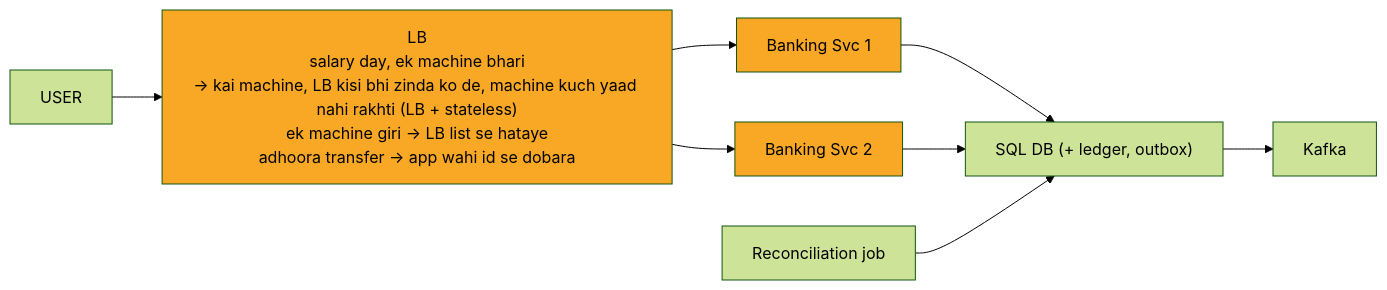
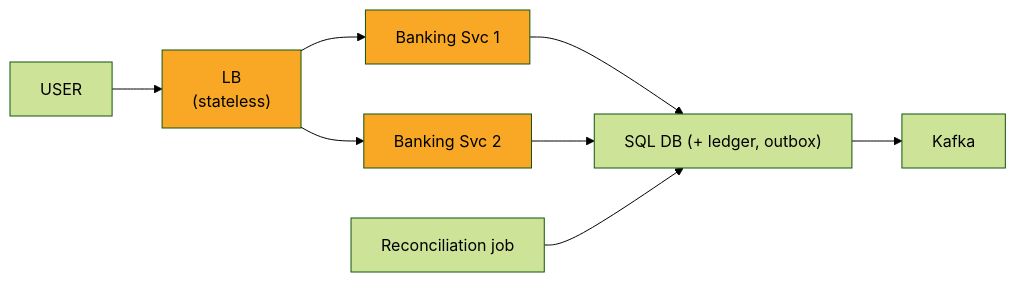
One commit to ArpanMaheshwari144/Prep changed the diagram in 04_HLD/SYSTEM_DESIGNS/13_banking_system/img/c7.mmd. Above: the diagram before and after it, drawn with Mermaid (forest theme). The commit also changed 46 other files, not shown here.

```diff
--- a/04_HLD/SYSTEM_DESIGNS/13_banking_system/img/c7.mmd
+++ b/04_HLD/SYSTEM_DESIGNS/13_banking_system/img/c7.mmd
@@ -1,19 +1,19 @@
 %%{init: {"flowchart": {"wrappingWidth": 450}}}%%
 flowchart LR
     n_USER["USER"]
-    n_LB["LB<br/>salary day, ek machine bhari<br/>-> kai machine, LB kisi bhi zinda ko de, machine kuch yaad nahi rakhti (LB + stateless)<br/>ek machine giri -> LB list se hataye<br/>adhoora transfer -> app wahi id se dobara"]
+    n_LB["LB<br/>(stateless)"]
     n_S1["Banking Svc 1"]
     n_S2["Banking Svc 2"]
     n_DB["SQL DB (+ ledger, outbox)"]
     n_K["Kafka"]
     n_REC["Reconciliation job"]
     n_USER --> n_LB
     n_LB --> n_S1
     n_LB --> n_S2
     n_S1 --> n_DB
     n_S2 --> n_DB
     n_DB --> n_K
     n_REC --> n_DB
     style n_LB fill:#f9a825,color:#000
     style n_S1 fill:#f9a825,color:#000
     style n_S2 fill:#f9a825,color:#000
```
